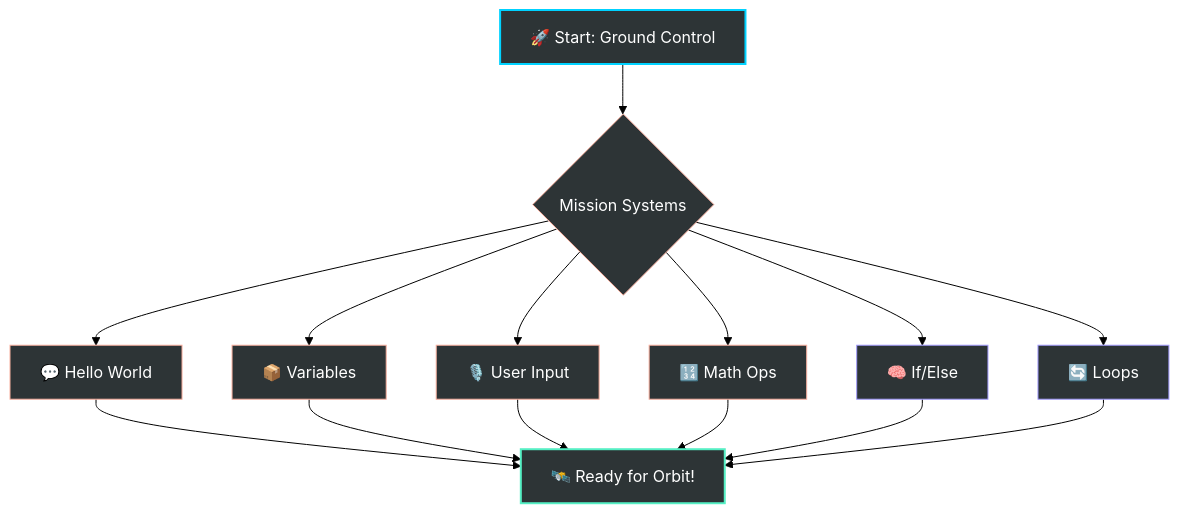
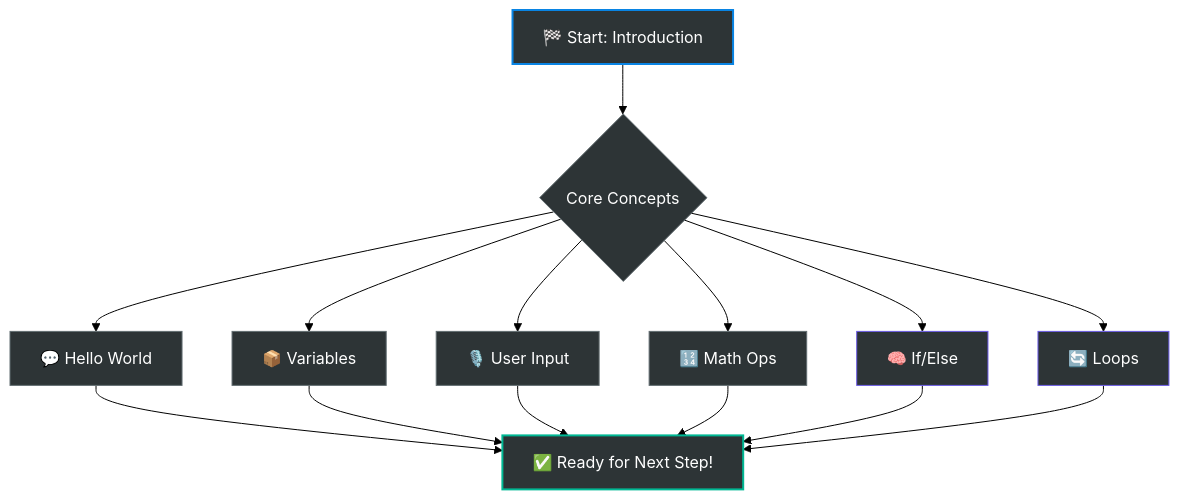
The diagram in session1/sectional codes/introduction.md (ForbSpace-Inc/bc01), drawn with Mermaid (forest theme) before and after one commit. The commit also changed other lines of this file, not shown here.

````diff
--- a/session1/sectional codes/introduction.md
+++ b/session1/sectional codes/introduction.md
@@ -19,24 +19,24 @@
 ```mermaid
 graph TD
     %% Node Definitions
-    A[🚀 Start: Ground Control] --> B{Mission Systems}
+    A[🏁 Start: Introduction] --> B{Core Concepts}
     B --> B1[💬 Hello World]
     B --> B2[📦 Variables]
     B --> B3[🎙️ User Input]
     B --> B4[🔢 Math Ops]
     B --> B5[🧠 If/Else]
     B --> B6[🔄 Loops]
-    B1 & B2 & B3 & B4 & B5 & B6 --> C[🛰️ Ready for Orbit!]
+    B1 & B2 & B3 & B4 & B5 & B6 --> C[✅ Ready for Next Step!]
     
     %% Style Definitions
-    classDef initial fill:#2d3436,stroke:#00d2ff,stroke-width:2px,color:#fff
-    classDef process fill:#2d3436,stroke:#fab1a0,stroke-width:1px,color:#fff
-    classDef ready fill:#2d3436,stroke:#55efc4,stroke-width:2px,color:#fff
-    classDef logic fill:#2d3436,stroke:#a29bfe,stroke-width:1px,color:#fff
+    classDef initial fill:#2d3436,stroke:#0984e3,stroke-width:2px,color:#fff
+    classDef process fill:#2d3436,stroke:#636e72,stroke-width:1px,color:#fff
+    classDef ready fill:#2d3436,stroke:#00b894,stroke-width:2px,color:#fff
+    classDef logic fill:#2d3436,stroke:#6c5ce7,stroke-width:1px,color:#fff
 
     %% Assign Classes
     class A initial
     class C ready
     class B,B1,B2,B3,B4 process
     class B5,B6 logic
 ```
````
